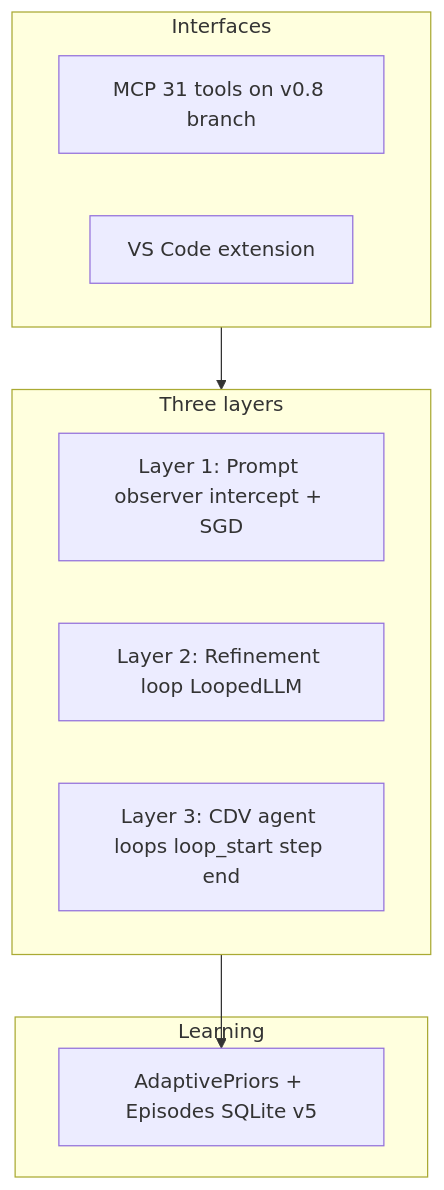
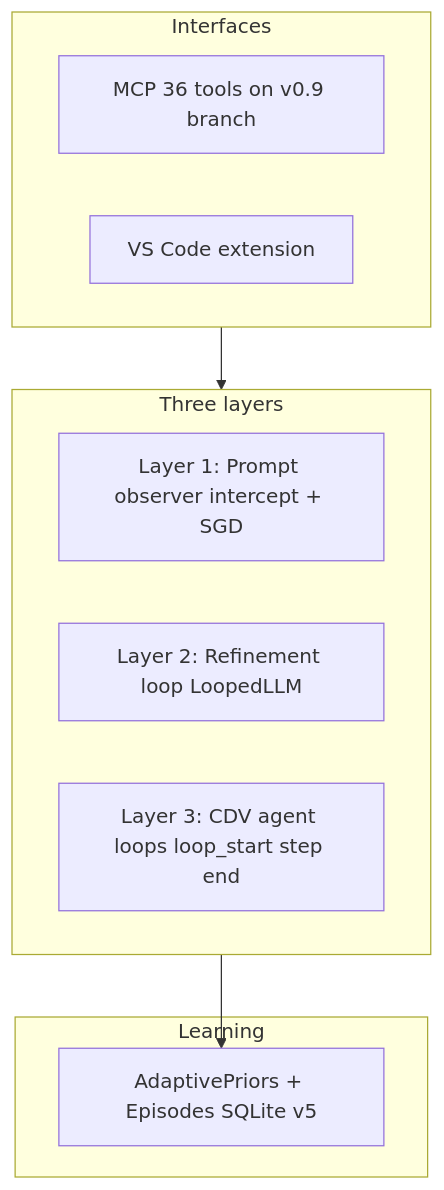
Before and after one commit to azank1/cdv: the diagram in README.md, drawn with Mermaid. The commit also changed other lines of this file and 6 other files, not shown here.

````diff
--- a/README.md
+++ b/README.md
@@ -65,17 +65,17 @@
 ```mermaid
 flowchart TB
   subgraph interfaces [Interfaces]
-    MCP[MCP 31 tools on v0.8 branch]
+    MCP[MCP 36 tools on v0.9 branch]
     Ext[VS Code extension]
   end
   subgraph layers [Three layers]
     L1[Layer 1: Prompt observer intercept + SGD]
     L2[Layer 2: Refinement loop LoopedLLM]
     L3[Layer 3: CDV agent loops loop_start step end]
   end
   subgraph learn [Learning]
     Priors[AdaptivePriors + Episodes SQLite v5]
   end
   interfaces --> layers
   layers --> Priors
 ```
````
